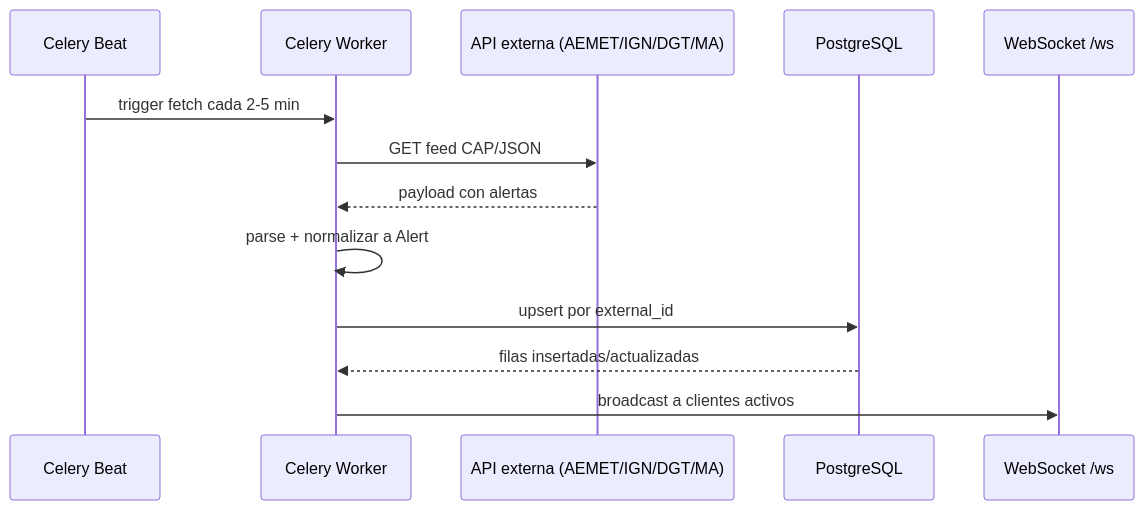
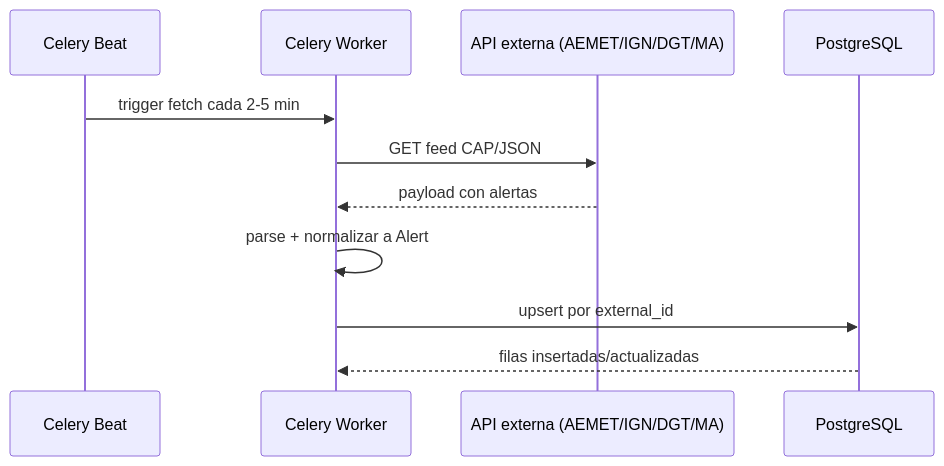
One commit to AlfonsoCastejon/ESPAlert changed the third of 5 diagrams in docs/05-diseno.md. Above: the diagram before and after it, drawn with Mermaid. The commit also changed other lines of this file and 9 other files, not shown here.

````diff
--- a/docs/05-diseno.md
+++ b/docs/05-diseno.md
@@ -165,16 +165,14 @@
 ```mermaid
 sequenceDiagram
     participant Beat as Celery Beat
     participant Worker as Celery Worker
     participant API as API externa (AEMET/IGN/DGT/MA)
     participant DB as PostgreSQL
-    participant WS as WebSocket /ws
 
     Beat->>Worker: trigger fetch cada 2-5 min
     Worker->>API: GET feed CAP/JSON
     API-->>Worker: payload con alertas
     Worker->>Worker: parse + normalizar a Alert
     Worker->>DB: upsert por external_id
     DB-->>Worker: filas insertadas/actualizadas
-    Worker->>WS: broadcast a clientes activos
 ```
````
